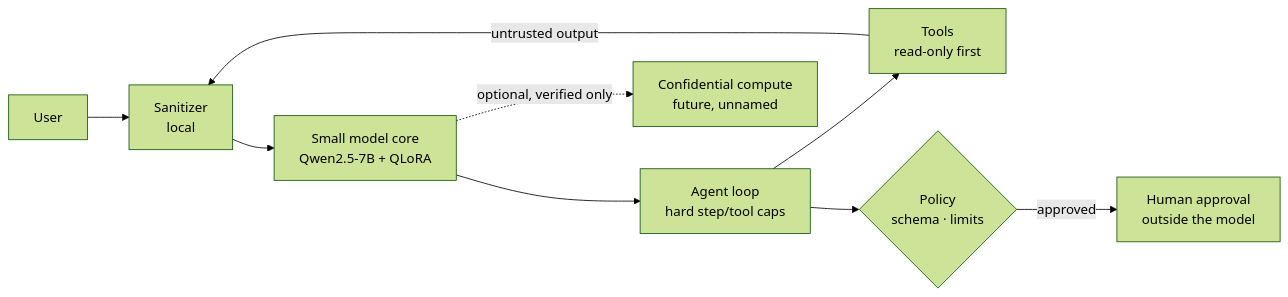
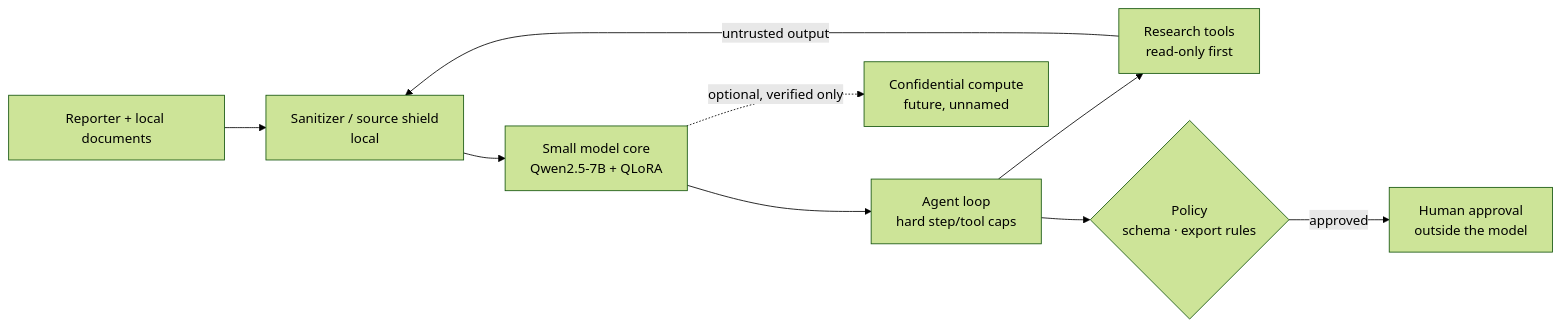
Before and after one commit to 9lordisgod/salomon: the diagram in ARCHITECTURE.md, drawn with Mermaid (forest theme). The commit also changed other lines of this file and 2 other files, not shown here.

Commit message:
docs: reposition Salomon as local research agent for journalists that protects sources

````diff
--- a/ARCHITECTURE.md
+++ b/ARCHITECTURE.md
@@ -6,11 +6,11 @@
 ```mermaid
 flowchart LR
-  U[User] --> S[Sanitizer<br/>local]
+  U[Reporter + local documents] --> S[Sanitizer / source shield<br/>local]
   S --> M[Small model core<br/>Qwen2.5-7B + QLoRA]
   M --> A[Agent loop<br/>hard step/tool caps]
-  A --> T[Tools<br/>read-only first]
+  A --> T[Research tools<br/>read-only first]
   T -->|untrusted output| S
-  A --> P{Policy<br/>schema · limits}
+  A --> P{Policy<br/>schema · export rules}
   P -->|approved| H[Human approval<br/>outside the model]
   M -.optional, verified only.-> C[Confidential compute<br/>future, unnamed]
 ```
````
